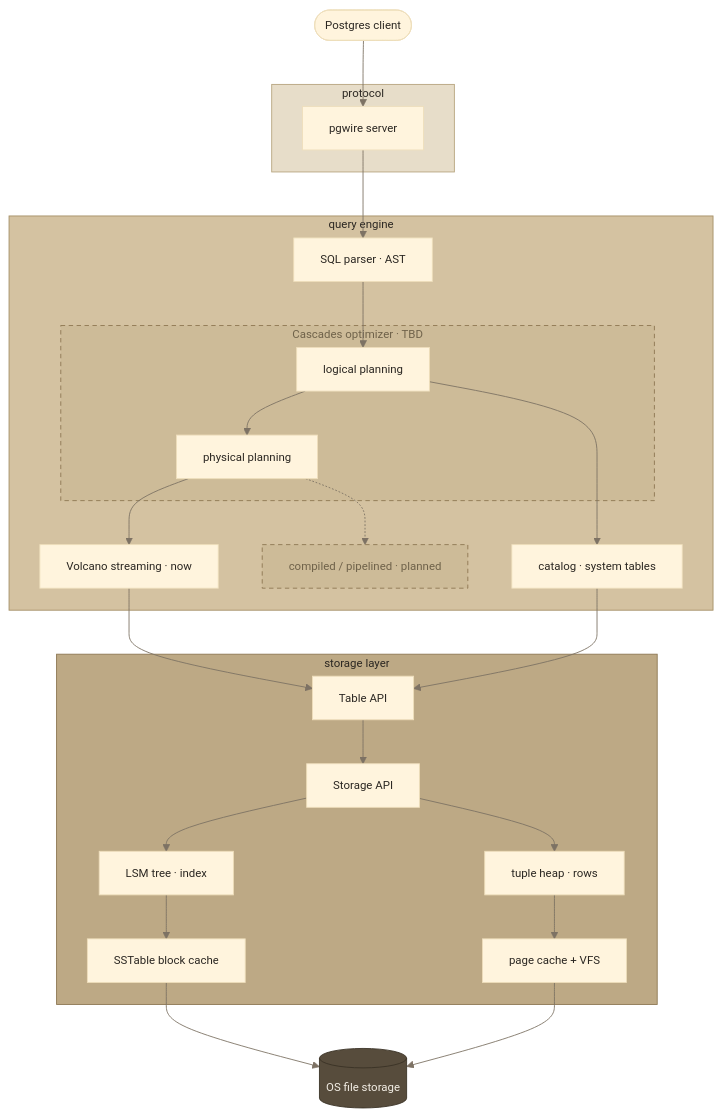
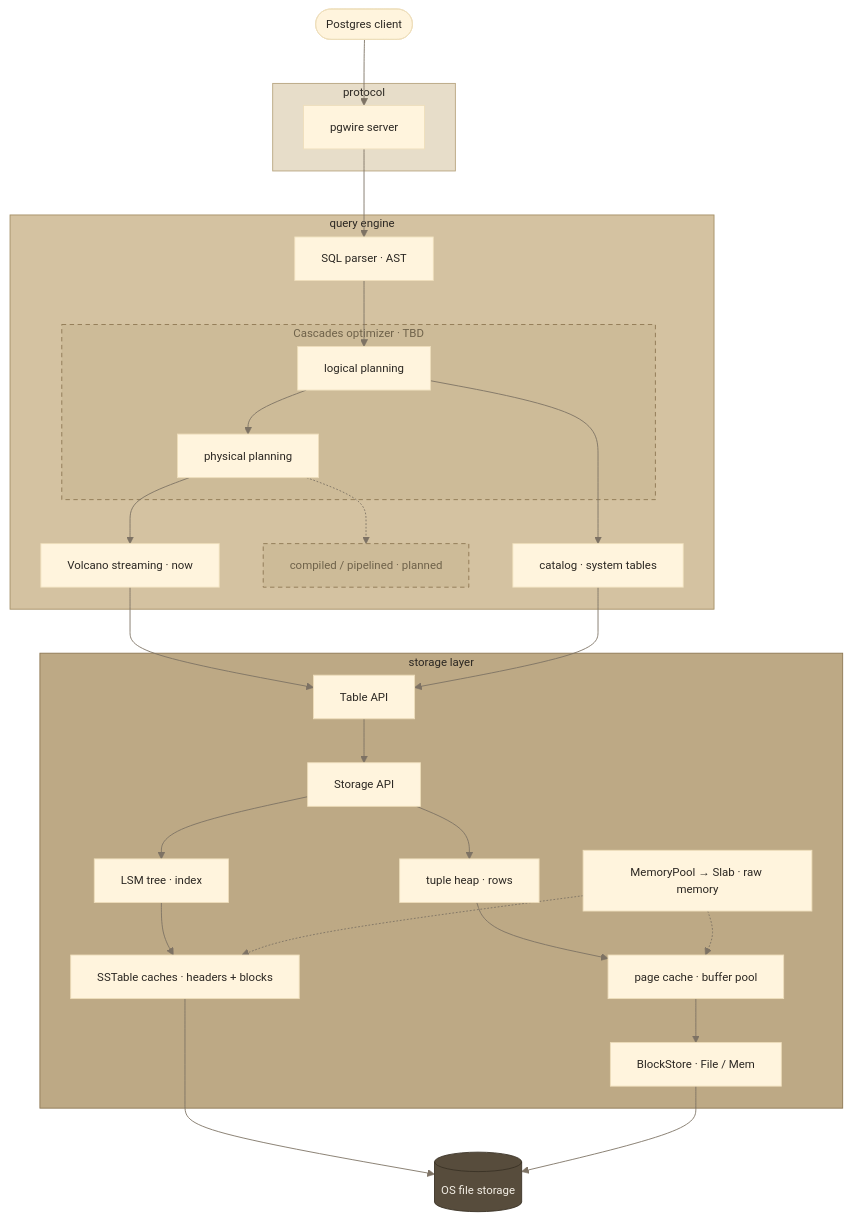
The diagram in README.md (nevzheng/strata-db), drawn with Mermaid before and after one commit. The commit also changed other lines of this file, not shown here.

Commit message:
docs: refresh architecture diagram for filesystem crate and memory layer (#26)
## Architecture docs refresh (5/5)

Updates the README architecture section to the post-refactor reality:
- crate `pager` → **`filesystem`** everywhere (diagram, component table,
workspace tree)
- splits the old "page cache + VFS" node into **page cache (buffer
pool)** + **`BlockStore` (File / Mem)**
- adds the **`MemoryPool` → `Slab`** memory foundation (dotted edges —
the allocator the caches are built to draw from; wiring is future)
- renames "SSTable block cache" → **SSTable caches (headers + blocks)**
and notes the 2-level partitioned header index
- `BlockStore` / `FileBlockStore` / `MemBlockStore` / `BlockId` /
`BlockJournal` in the table
- drops the stale "(WAL)" — it's a journal, never a WAL

Docs only; no code change. Sits on top of the stack since it describes
the end state.

Base: `feat/hierarchical-headers` (PR #25).

🤖 Generated with [Claude Code](https://claude.com/claude-code)

````diff
--- a/README.md
+++ b/README.md
@@ -36,54 +36,58 @@
 ```mermaid
 %%{init: {'theme':'base','themeVariables':{'fontFamily':'ui-monospace, Menlo, monospace','lineColor':'#7d7264','primaryTextColor':'#2b2722','fontSize':'13px'}}}%%
 flowchart TB
   client(["Postgres client"])
 
   subgraph L1["protocol"]
     server["pgwire server"]
   end
 
   subgraph L2["query engine"]
     parser["SQL parser · AST"]
     subgraph cas["Cascades optimizer · TBD"]
       logical["logical planning"]
       physical["physical planning"]
       logical --> physical
     end
     volcano["Volcano streaming · now"]
     compiled["compiled / pipelined · planned"]
     catalog["catalog · system tables"]
     parser --> logical
     physical --> volcano
     physical -.-> compiled
     logical --> catalog
   end
 
   subgraph L3["storage layer"]
     tapi["Table API"]
     sapi["Storage API"]
     lsm["LSM tree · index"]
     heap["tuple heap · rows"]
-    sst["SSTable block cache"]
-    pc["page cache + VFS"]
+    sst["SSTable caches · headers + blocks"]
+    pc["page cache · buffer pool"]
+    bs["BlockStore · File / Mem"]
+    mem["MemoryPool → Slab · raw memory"]
     tapi --> sapi
     sapi --> lsm --> sst
-    sapi --> heap --> pc
+    sapi --> heap --> pc --> bs
   end
 
   os[("OS file storage")]
 
   client --> server --> parser
   volcano --> tapi
   catalog --> tapi
   sst --> os
-  pc --> os
+  bs --> os
+  mem -.-> sst
+  mem -.-> pc
 
   classDef future fill:#cdbb98,stroke:#8c7651,color:#6f624a,stroke-dasharray:5 4;
   class compiled future
   style cas fill:#cdbb98,stroke:#8c7651,color:#6f624a,stroke-dasharray:5 4
 
   style L1 fill:#e7ddc9,stroke:#b7a47e,color:#2b2722
   style L2 fill:#d4c2a1,stroke:#a48f66,color:#2b2722
   style L3 fill:#bda985,stroke:#8c7651,color:#2b2722
   style os fill:#574c3c,stroke:#3a3225,color:#f4efe6
 ```
````
